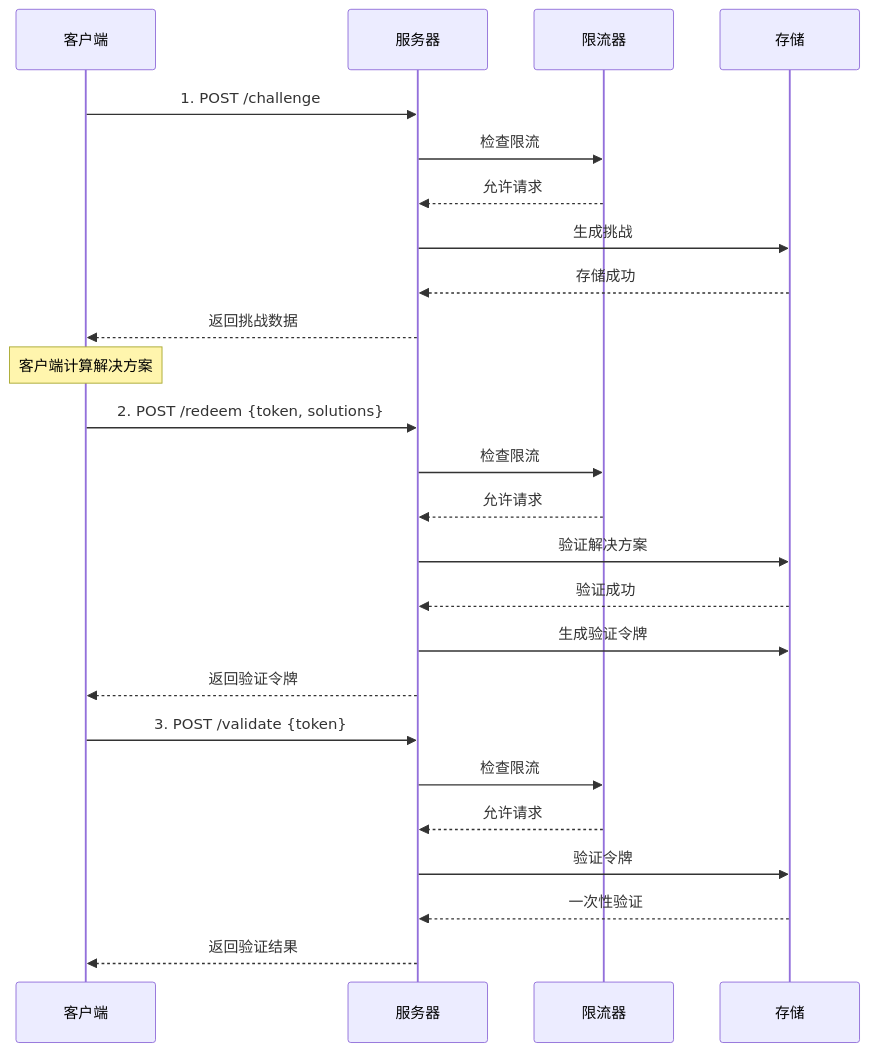
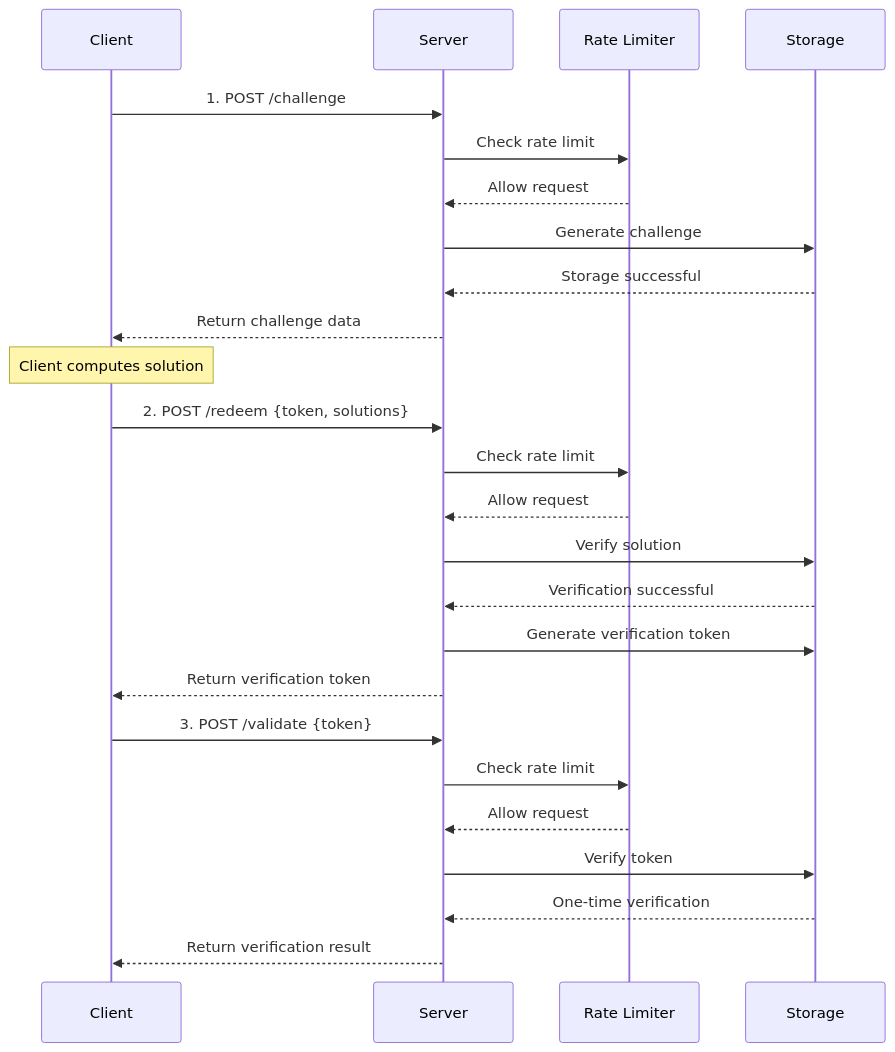
The diagram in README.en.md (clysss/capito), drawn with Mermaid before and after one commit. The commit also changed other lines of this file, not shown here.

````diff
--- a/README.en.md
+++ b/README.en.md
@@ -517,31 +516,31 @@
 ```mermaid
 sequenceDiagram
-    participant C as 客户端
-    participant S as 服务器
-    participant RL as 限流器
-    participant ST as 存储
+    participant C as Client
+    participant S as Server
+    participant RL as Rate Limiter
+    participant ST as Storage
     
     C->>S: 1. POST /challenge
-    S->>RL: 检查限流
-    RL-->>S: 允许请求
-    S->>ST: 生成挑战
-    ST-->>S: 存储成功
-    S-->>C: 返回挑战数据
+    S->>RL: Check rate limit
+    RL-->>S: Allow request
+    S->>ST: Generate challenge
+    ST-->>S: Storage successful
+    S-->>C: Return challenge data
     
-    Note over C: 客户端计算解决方案
+    Note over C: Client computes solution
     
     C->>S: 2. POST /redeem {token, solutions}
-    S->>RL: 检查限流
-    RL-->>S: 允许请求
-    S->>ST: 验证解决方案
-    ST-->>S: 验证成功
-    S->>ST: 生成验证令牌
-    S-->>C: 返回验证令牌
+    S->>RL: Check rate limit
+    RL-->>S: Allow request
+    S->>ST: Verify solution
+    ST-->>S: Verification successful
+    S->>ST: Generate verification token
+    S-->>C: Return verification token
     
     C->>S: 3. POST /validate {token}
-    S->>RL: 检查限流
-    RL-->>S: 允许请求
-    S->>ST: 验证令牌
-    ST-->>S: 一次性验证
-    S-->>C: 返回验证结果
+    S->>RL: Check rate limit
+    RL-->>S: Allow request
+    S->>ST: Verify token
+    ST-->>S: One-time verification
+    S-->>C: Return verification result
 ```
````
